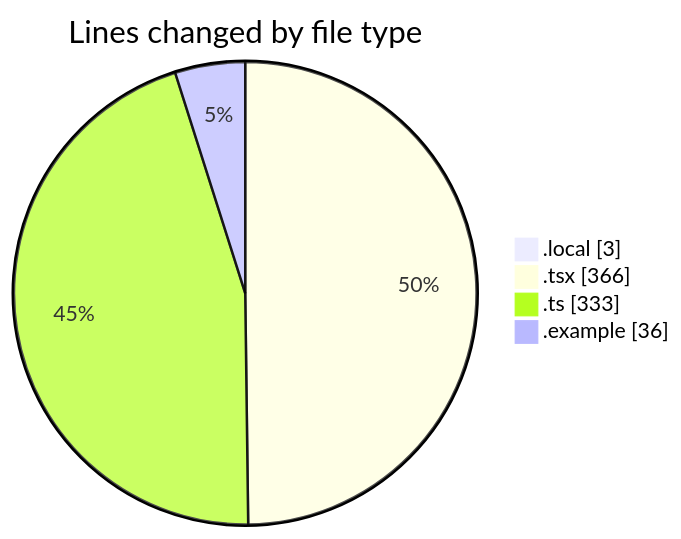
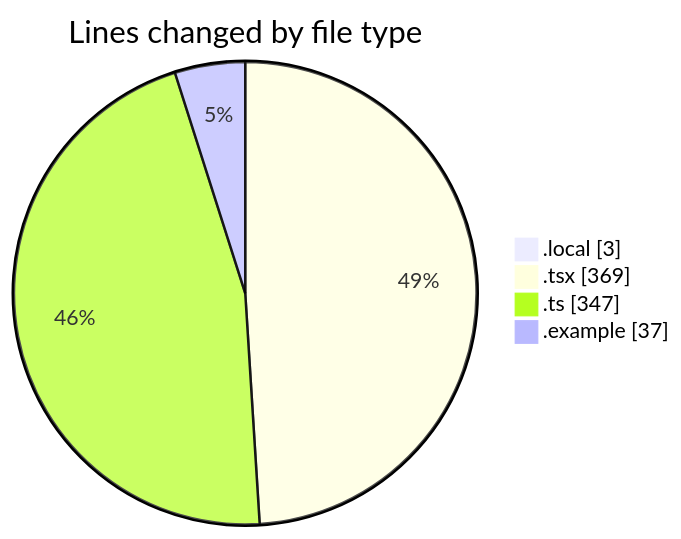
One commit to julien-gomy/code-tracking changed the first of 2 diagrams in 2025-11-20/eventscop-frontend-guide__workspace_/README.md. Above: the diagram before and after it, drawn with Mermaid. The commit also changed other lines of this file and 1 other file, not shown here.

````diff
--- a/2025-11-20/eventscop-frontend-guide__workspace_/README.md
+++ b/2025-11-20/eventscop-frontend-guide__workspace_/README.md
@@ -33,8 +33,8 @@
 ```mermaid
 pie showData
 title Lines changed by file type
 ".local" : 3
-".tsx" : 366
-".ts" : 333
-".example" : 36
+".tsx" : 369
+".ts" : 347
+".example" : 37
 ```
````
